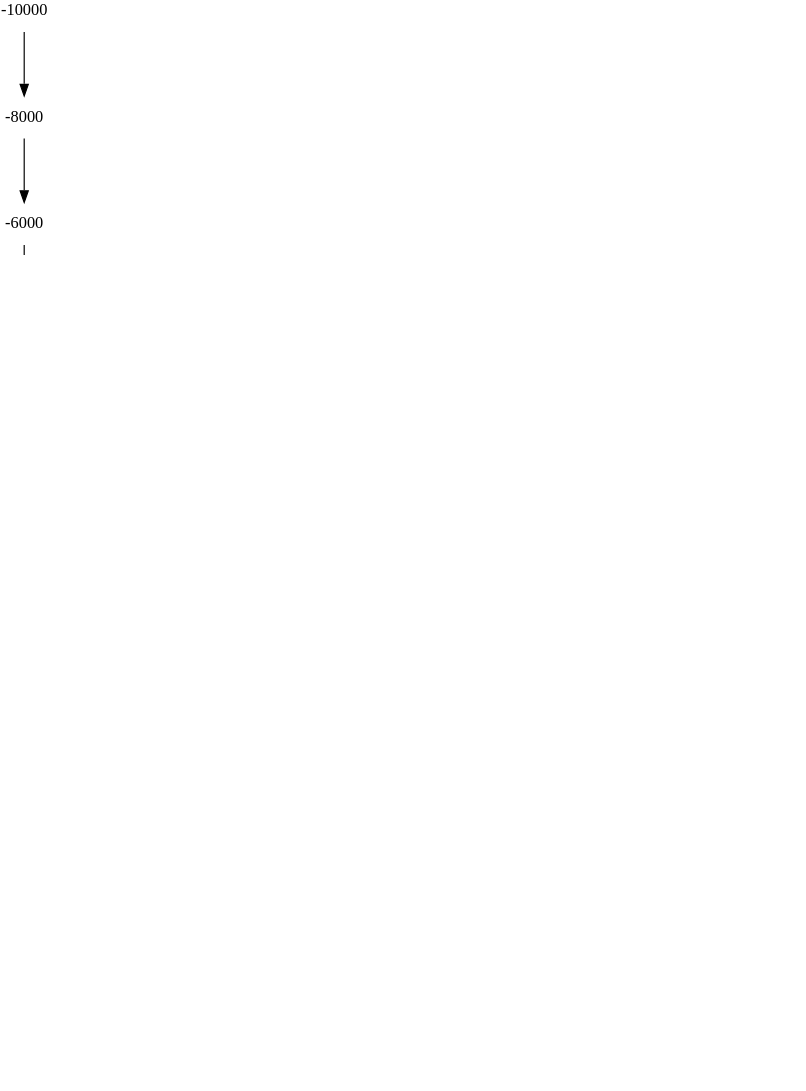
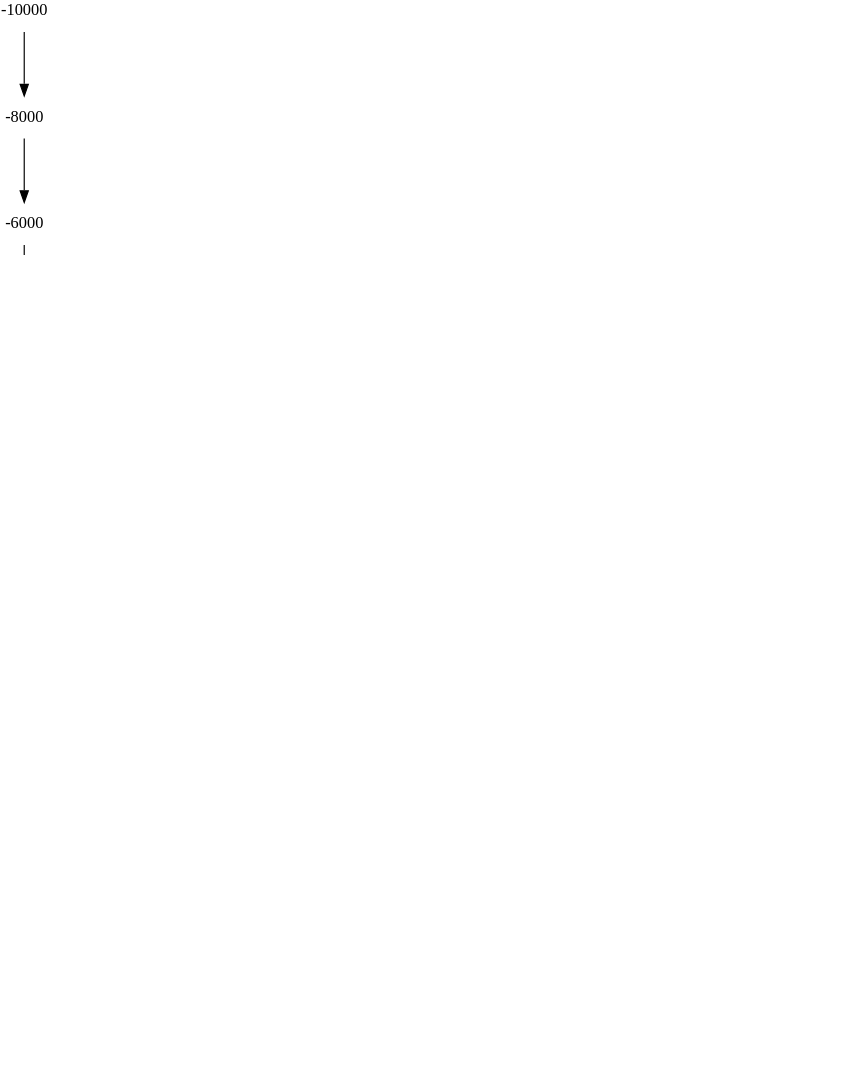
One commit to Phundrak/langue-phundrak-fr changed the first of 3 diagrams in content/en/proto-nyqy.org. Above: the diagram before and after it, drawn with Graphviz. The commit also changed other lines of this file, not shown here.

Commit message:
[Proto-Nyqy] Add two new languages to the family

```diff
--- a/content/en/proto-nyqy.org
+++ b/content/en/proto-nyqy.org
@@ -165,7 +165,7 @@
     {
         rank=same;
         "-2000";
-        protopritian[label="Proto-Pritian\nca. 2,000 years ago"];
+        oldpritian[label="Old Pritian\nca. 2,000 years ago"];
         "ne’ic"[label="Ñe’ic\nca. 2,500 years ago"];
     }
 
@@ -175,6 +175,7 @@
         oryora[label="Old Ryora\nca. 1,300 years ago"];
         oenanonn[label="Old Énanonn\nca. 900 years ago"];
         omanniki[label="Old Manniki\nca. 1,200 years ago"];
+        midpritian[label="Middle Pritian\n 1,100 years ago"];
     }
 
     {
@@ -191,10 +192,11 @@
         ryora[label="Ryora"];
         auc[label="Auc"];
         manniki[label="Manniki"];
+        pritian[label="Pritian"];
     }
 
     protonyqy -> protoma;
-    protonyqy -> protopritian;
+    protonyqy -> oldpritian;
     protonyqy -> prototiltinian;
 
     protoma -> protomojhal;
@@ -208,5 +210,7 @@
 
     protoandelian -> oryora -> ryora;
     protoandelian -> oauc -> auc;
+
+    oldpritian -> midpritian -> pritian;
 }
 #+end_src
```
